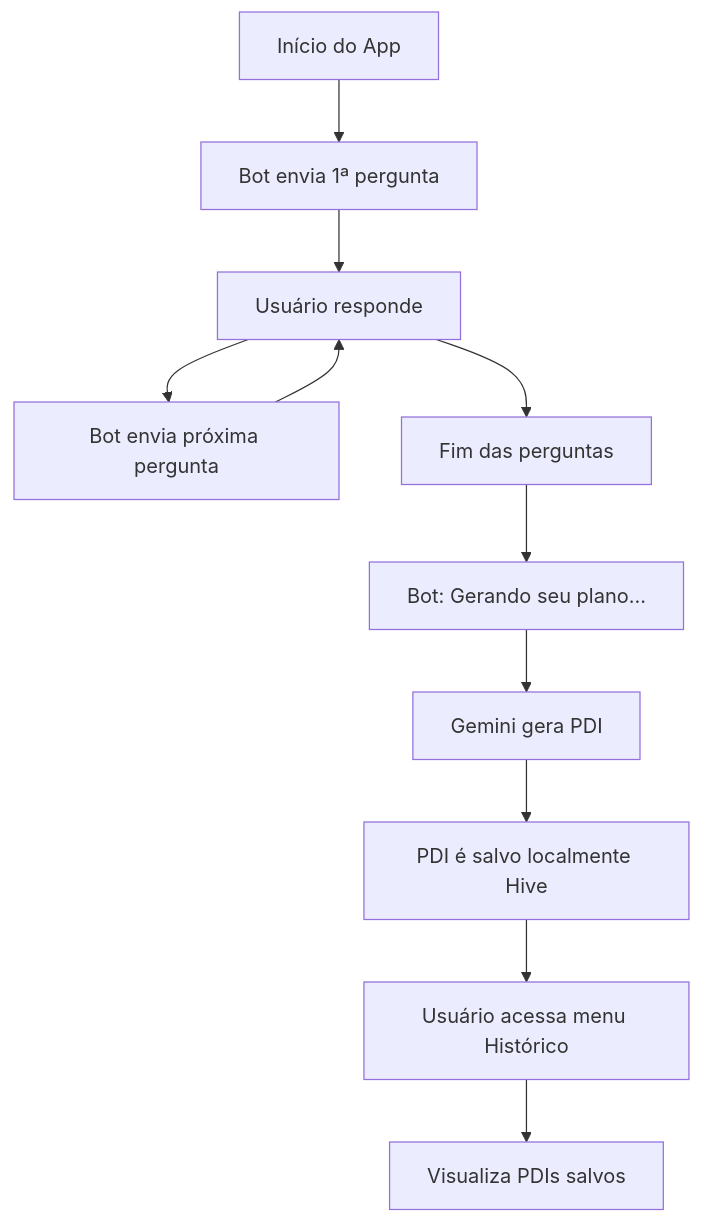
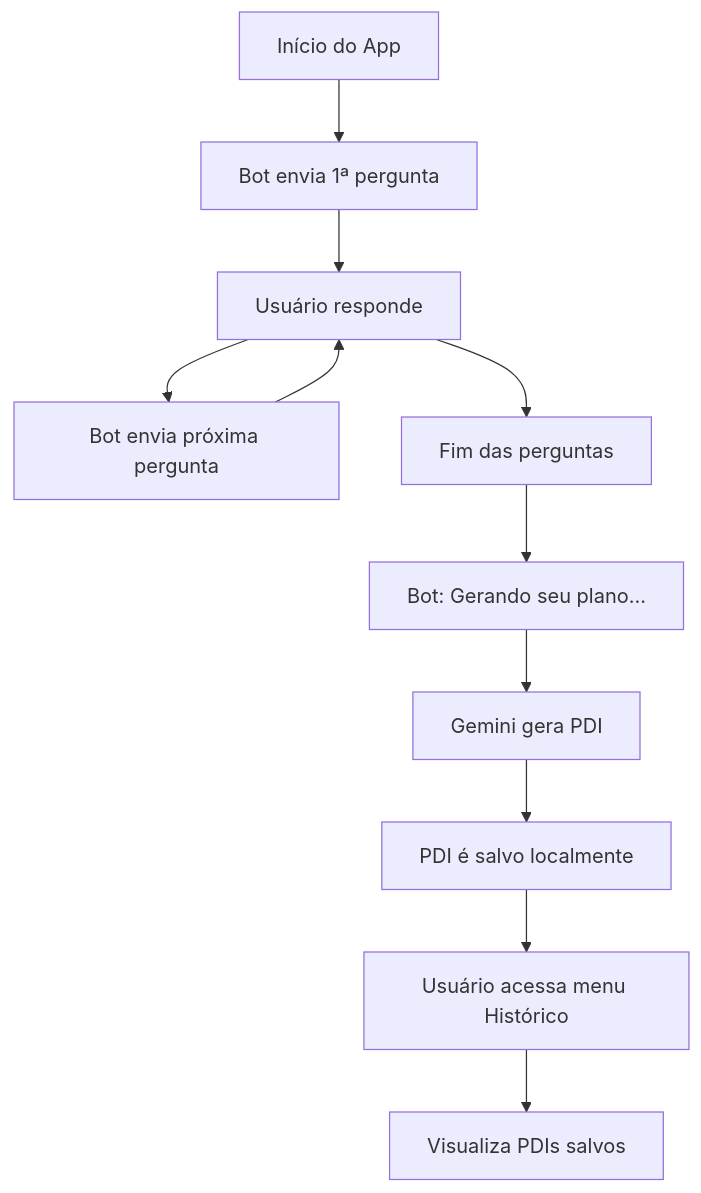
The diagram in README.md (JPCadarn/pdi_generator), drawn with Mermaid before and after one commit. The commit also changed other lines of this file, not shown here.

`````diff
--- a/README.md
+++ b/README.md
@@ -8,13 +8,13 @@
 ```mermaid
 flowchart TD
     A[Início do App] --> B[Bot envia 1ª pergunta]
     B --> C[Usuário responde]
     C --> D[Bot envia próxima pergunta]
     D --> C
     C --> E[Fim das perguntas]
     E --> F[Bot: Gerando seu plano...]
     F --> G[Gemini gera PDI]
-    G --> H[PDI é salvo localmente Hive]
+    G --> H[PDI é salvo localmente]
     H --> I[Usuário acessa menu Histórico]
     I --> J[Visualiza PDIs salvos]
 ````
`````
